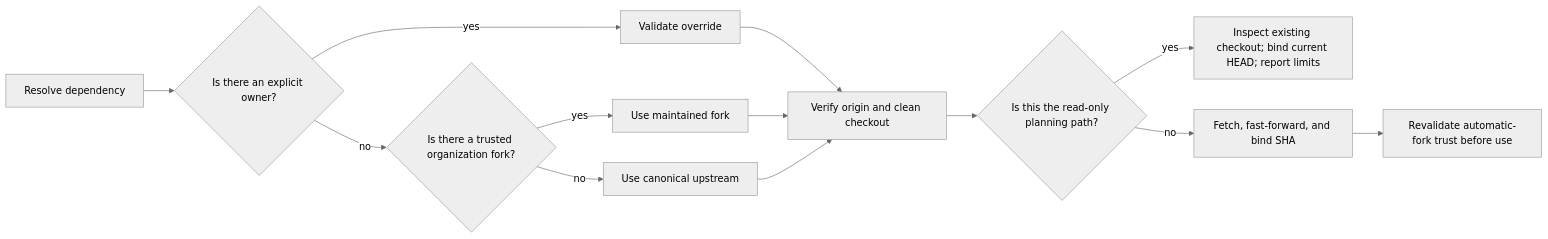
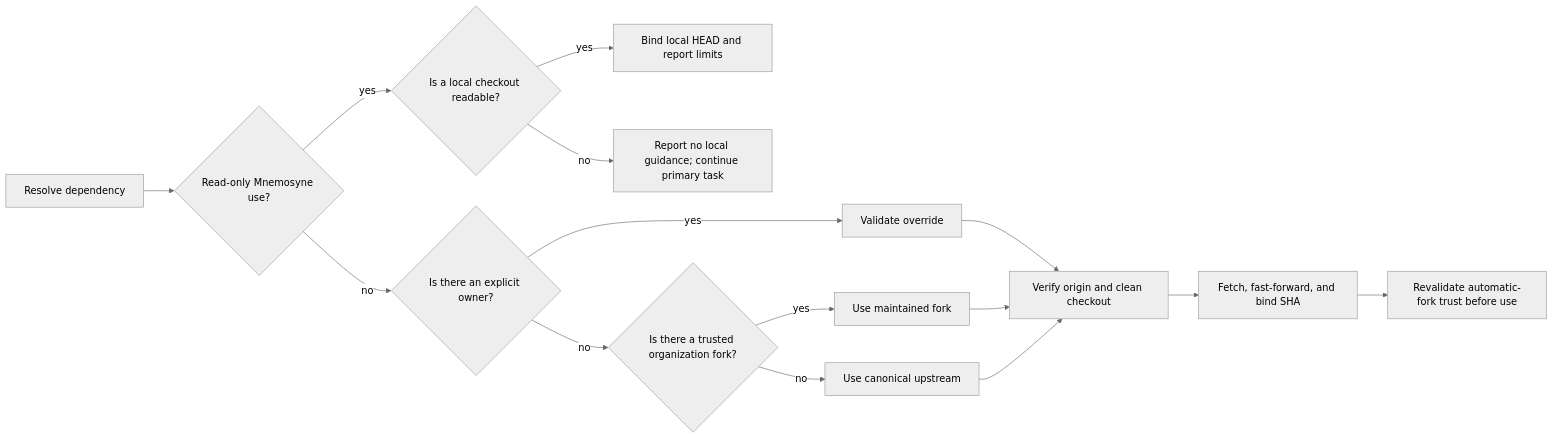
One commit to HomericIntelligence/Athena changed the diagram in docs/dependency-resolution.md. Above: the diagram before and after it, drawn with Mermaid (neutral theme). The commit also changed other lines of this file and 5 other files, not shown here.

````diff
--- a/docs/dependency-resolution.md
+++ b/docs/dependency-resolution.md
@@ -31,15 +33,17 @@
 ```mermaid
 flowchart LR
-    A["Resolve dependency"] --> B{"Is there an explicit owner?"}
-    B -->|yes| C["Validate override"]
-    B -->|no| D{"Is there a trusted organization fork?"}
-    D -->|yes| E["Use maintained fork"]
-    D -->|no| F["Use canonical upstream"]
-    C --> G["Verify origin and clean checkout"]
-    E --> G
-    F --> G
-    G --> H{"Is this the read-only planning path?"}
-    H -->|yes| I["Inspect existing checkout; bind current HEAD; report limits"]
-    H -->|no| J["Fetch, fast-forward, and bind SHA"]
-    J --> K["Revalidate automatic-fork trust before use"]
+    A["Resolve dependency"] --> B{"Read-only Mnemosyne use?"}
+    B -->|yes| C{"Is a local checkout readable?"}
+    C -->|yes| D["Bind local HEAD and report limits"]
+    C -->|no| E["Report no local guidance; continue primary task"]
+    B -->|no| F{"Is there an explicit owner?"}
+    F -->|yes| G["Validate override"]
+    F -->|no| H{"Is there a trusted organization fork?"}
+    H -->|yes| I["Use maintained fork"]
+    H -->|no| J["Use canonical upstream"]
+    G --> K["Verify origin and clean checkout"]
+    I --> K
+    J --> K
+    K --> L["Fetch, fast-forward, and bind SHA"]
+    L --> M["Revalidate automatic-fork trust before use"]
 ```
````
